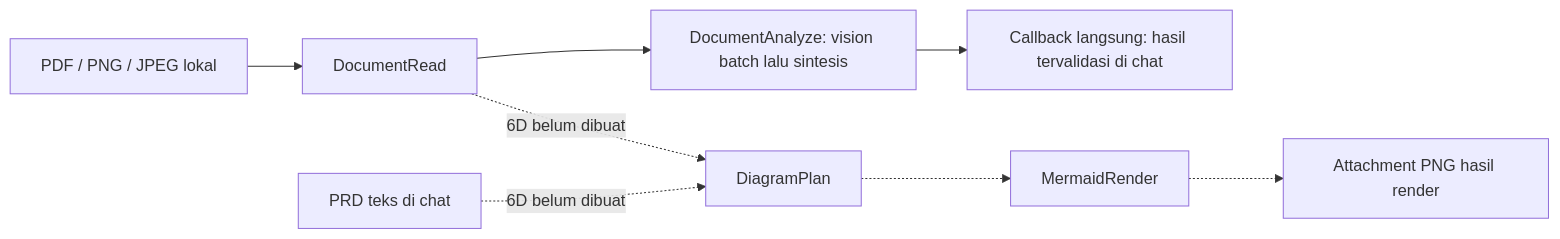
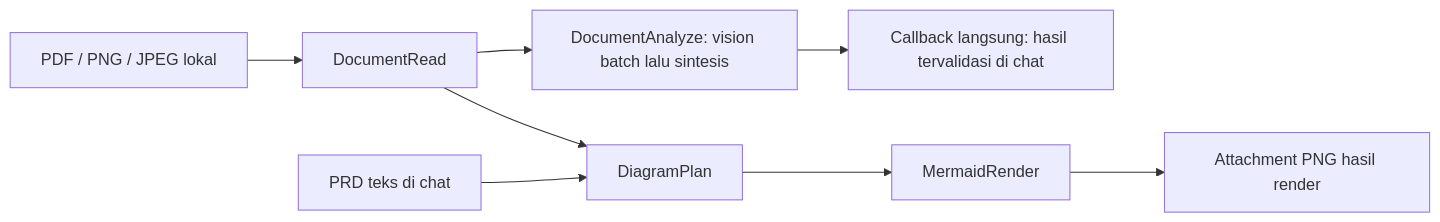
One commit to fikri2412/GatewayNusaScope changed the second of 2 diagrams in IMPROVEMENTS.md. Above: the diagram before and after it, drawn with Mermaid. The commit also changed other lines of this file and 35 other files, not shown here.

First line of the commit message:
Chatbot 6D: PRD menjadi gambar alur logika (PNG) lewat Mermaid lokal

````diff
--- a/IMPROVEMENTS.md
+++ b/IMPROVEMENTS.md
@@ -223,10 +223,10 @@
 ```mermaid
 flowchart LR
     Upload[PDF / PNG / JPEG lokal] --> Read[DocumentRead]
     Read --> Doc[DocumentAnalyze: vision batch lalu sintesis]
     Doc --> Reply[Callback langsung: hasil tervalidasi di chat]
-    Read -. 6D belum dibuat .-> Plan[DiagramPlan]
-    Text[PRD teks di chat] -. 6D belum dibuat .-> Plan
-    Plan -.-> Render[MermaidRender]
-    Render -.-> PNG[Attachment PNG hasil render]
+    Read --> Plan[DiagramPlan]
+    Text[PRD teks di chat] --> Plan
+    Plan --> Render[MermaidRender]
+    Render --> PNG[Attachment PNG hasil render]
 ```
````
